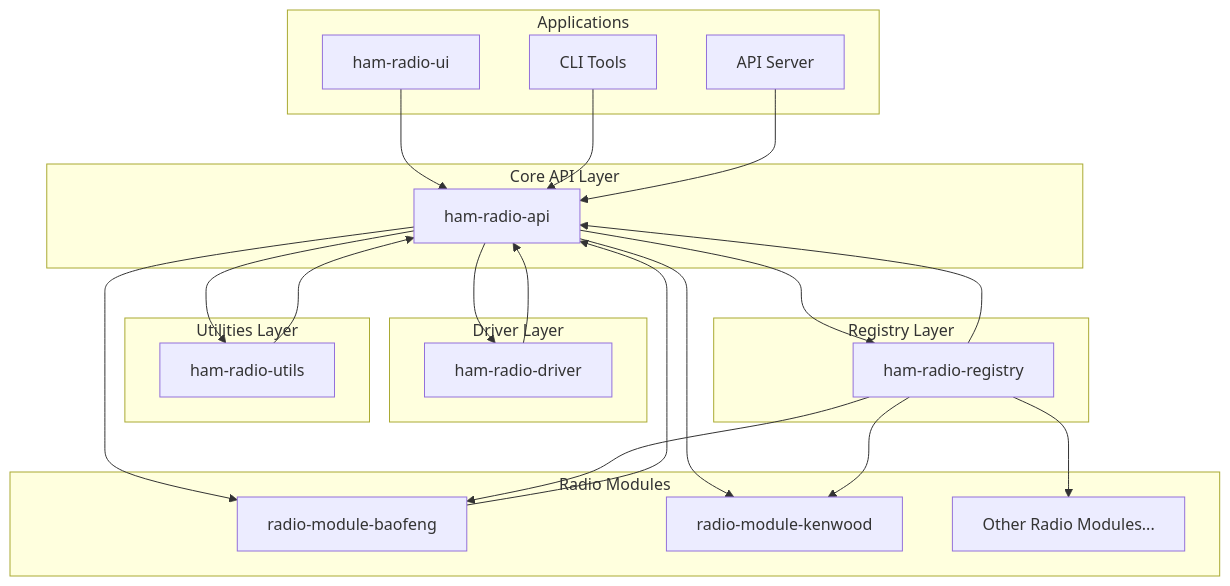
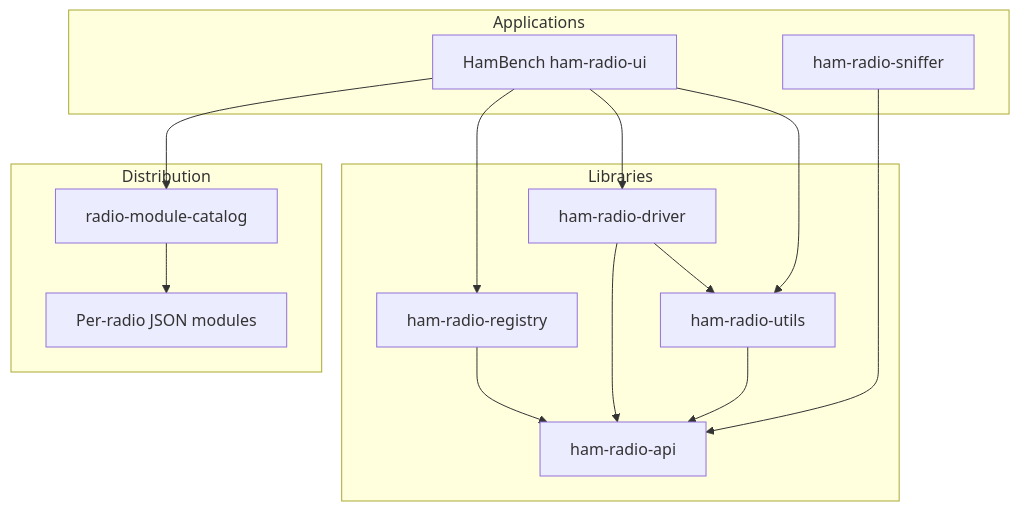
Before and after one commit to springfield-ham-radio/ham-radio-docs: the diagram in docs/developer/architecture-overview.md, drawn with Mermaid. The commit also changed other lines of this file and 47 other files, not shown here.

First line of the commit message:
docs: guide manufacturers through a HamBench radio driver (#31)

````diff
--- a/docs/developer/architecture-overview.md
+++ b/docs/developer/architecture-overview.md
@@ -18,40 +18,27 @@
 ```mermaid
-graph TB
-    subgraph "Core API Layer"
-        API[ham-radio-api]
-    end
-    subgraph "Driver Layer"
-        DRIVER[ham-radio-driver]
-    end
-    subgraph "Utilities Layer"
-        UTILS[ham-radio-utils]
-    end
-    subgraph "Registry Layer"
-        REGISTRY[ham-radio-registry]
-    end
-    subgraph "Radio Modules"
-        BAOFENG[radio-module-baofeng]
-        KENWOOD[radio-module-kenwood]
-        OTHER[Other Radio Modules...]
-    end
-    subgraph "Applications"
-        UI[ham-radio-ui]
-        CLI[CLI Tools]
-        API_SERVER[API Server]
-    end
-    API --> DRIVER
-    API --> UTILS
-    API --> REGISTRY
-    API --> BAOFENG
-    API --> KENWOOD
-    DRIVER --> API
-    UTILS --> API
-    REGISTRY --> API
-    BAOFENG --> API
-    UI --> API
-    CLI --> API
-    API_SERVER --> API
-    REGISTRY --> BAOFENG
-    REGISTRY --> KENWOOD
-    REGISTRY --> OTHER
+flowchart TB
+  subgraph apps ["Applications"]
+    UI["HamBench ham-radio-ui"]
+    SNIFF["ham-radio-sniffer"]
+  end
+  subgraph dist ["Distribution"]
+    CAT["radio-module-catalog"]
+    MOD["Per-radio JSON modules"]
+  end
+  subgraph libs ["Libraries"]
+    API["ham-radio-api"]
+    DRIVER["ham-radio-driver"]
+    UTILS["ham-radio-utils"]
+    REG["ham-radio-registry"]
+  end
+  UI --> CAT
+  CAT --> MOD
+  UI --> REG
+  UI --> DRIVER
+  UI --> UTILS
+  DRIVER --> API
+  UTILS --> API
+  REG --> API
+  DRIVER --> UTILS
+  SNIFF --> API
 ```
````
